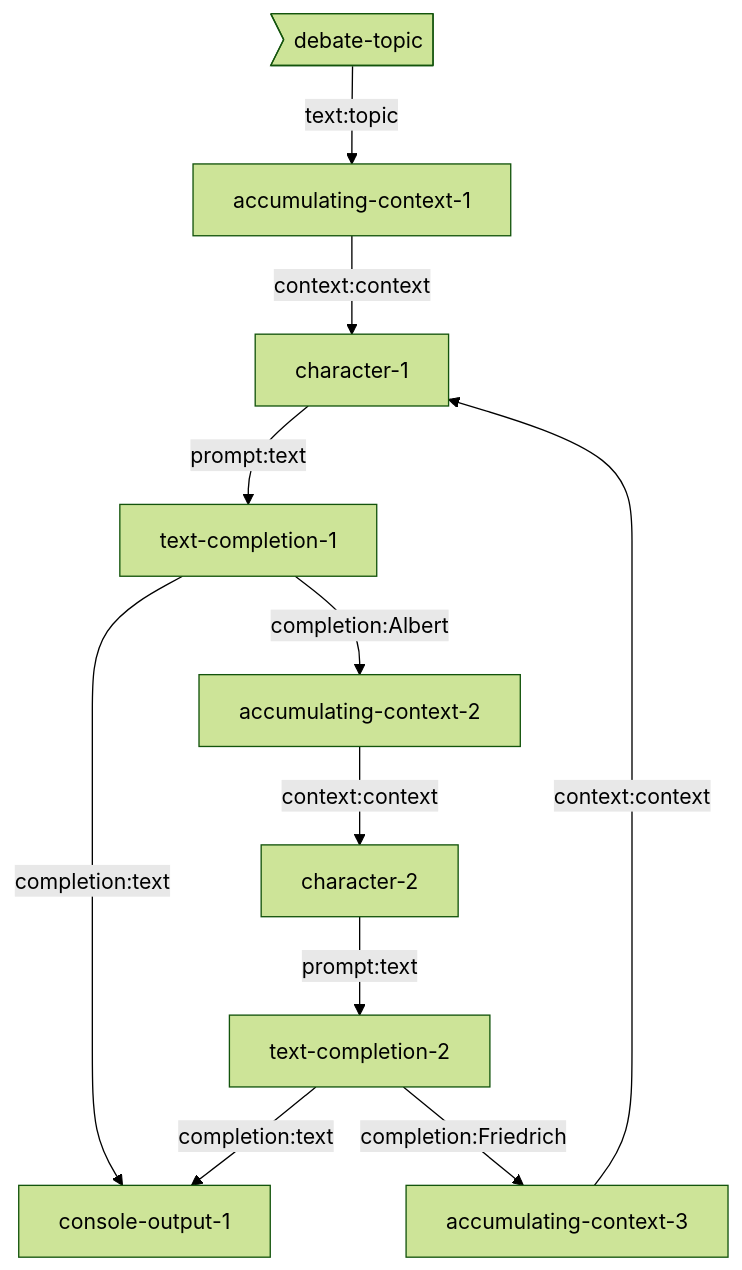
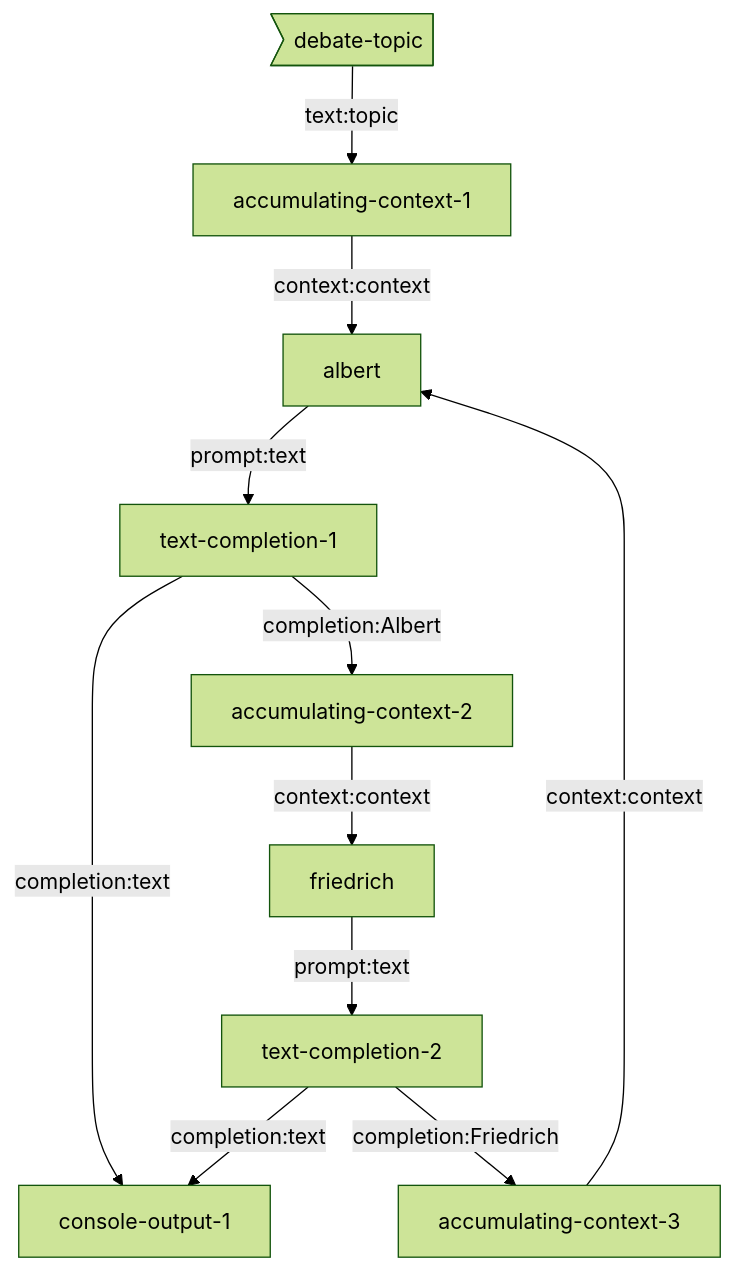
One commit to breadboard-ai/breadboard changed the diagram in seeds/graph-playground/docs/graphs/endless-debate.md. Above: the diagram before and after it, drawn with Mermaid (forest theme). The commit also changed 1 other file, not shown here.

Commit message:
[graph-playground] Use character names.

````diff
--- a/seeds/graph-playground/docs/graphs/endless-debate.md
+++ b/seeds/graph-playground/docs/graphs/endless-debate.md
@@ -4,13 +4,13 @@
 ```mermaid
 graph TD;
 debate-topic>debate-topic] -- text:topic --> accumulating-context-1
-accumulating-context-1 -- context:context --> character-1
-character-1 -- prompt:text --> text-completion-1
+accumulating-context-1 -- context:context --> albert
+albert -- prompt:text --> text-completion-1
 text-completion-1 -- completion:text --> console-output-1
 text-completion-1 -- completion:Albert --> accumulating-context-2
-accumulating-context-2 -- context:context --> character-2
-character-2 -- prompt:text --> text-completion-2
+accumulating-context-2 -- context:context --> friedrich
+friedrich -- prompt:text --> text-completion-2
 text-completion-2 -- completion:text --> console-output-1
 text-completion-2 -- completion:Friedrich --> accumulating-context-3
-accumulating-context-3 -- context:context --> character-1
+accumulating-context-3 -- context:context --> albert
 ```
````
